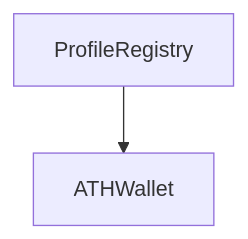
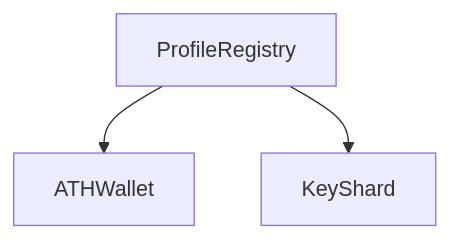
One commit to Snipperso/platho changed the second of 2 diagrams in build/ProfileRegistry/ProfileRegistry_ProfileRegistry.md. Above: the diagram before and after it, drawn with Mermaid. The commit also changed other lines of this file and 60 other files, not shown here.

````diff
--- a/build/ProfileRegistry/ProfileRegistry_ProfileRegistry.md
+++ b/build/ProfileRegistry/ProfileRegistry_ProfileRegistry.md
@@ -302,5 +333,6 @@
 ```mermaid
 graph TD
 ProfileRegistry
 ProfileRegistry --> ATHWallet
+ProfileRegistry --> KeyShard
 ```
````
